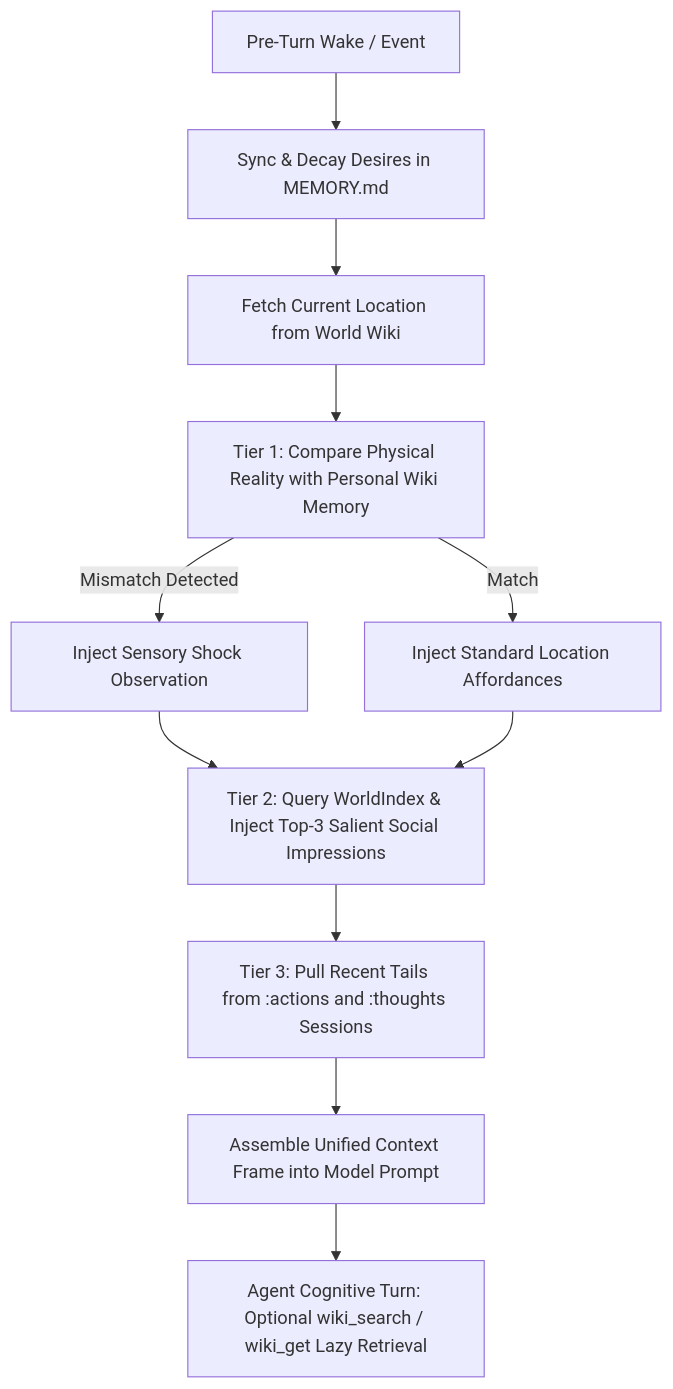
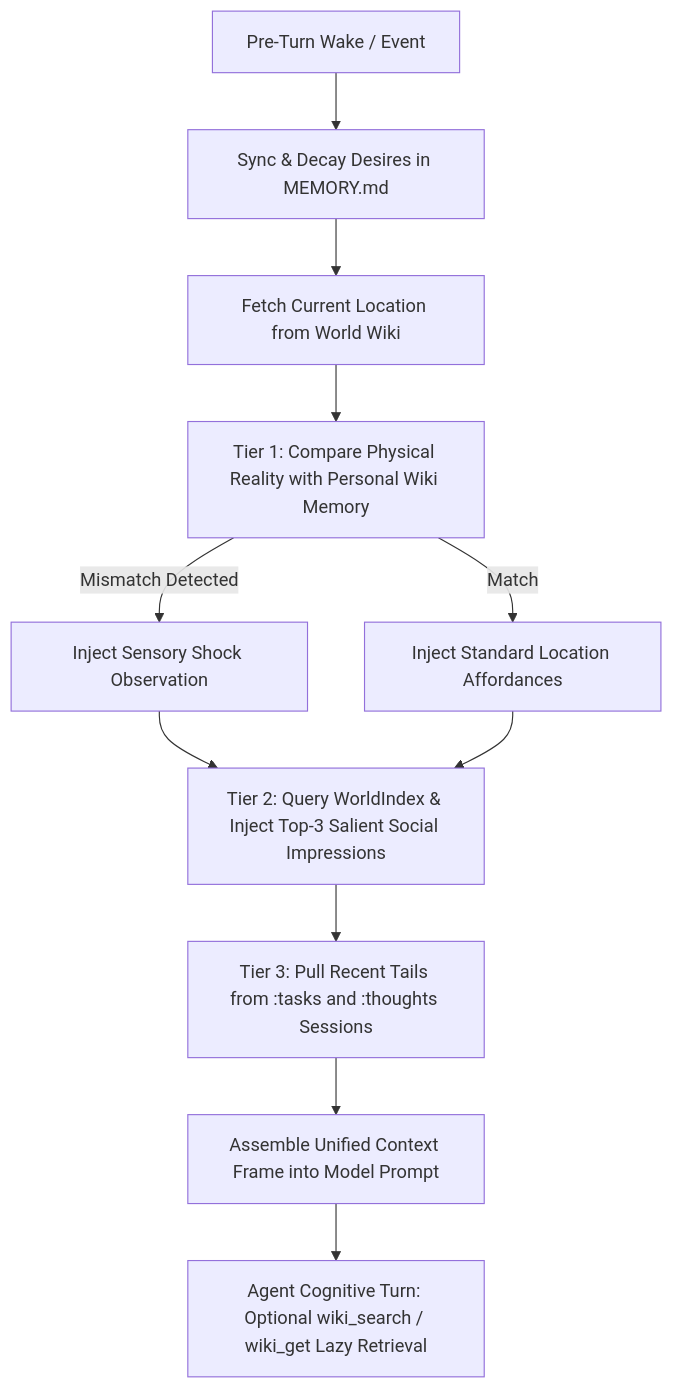
The diagram in .agents/skills/kazusa/references/primitives_mapping.md (f1yingbanana/kazusa), drawn with Mermaid before and after one commit. The commit also changed other lines of this file and 27 other files, not shown here.

````diff
--- a/.agents/skills/kazusa/references/primitives_mapping.md
+++ b/.agents/skills/kazusa/references/primitives_mapping.md
@@ -54,13 +59,13 @@
 ```mermaid
 flowchart TD
     A[Pre-Turn Wake / Event] --> B[Sync & Decay Desires in MEMORY.md]
     B --> C[Fetch Current Location from World Wiki]
     C --> D[Tier 1: Compare Physical Reality with Personal Wiki Memory]
     D -->|Mismatch Detected| E[Inject Sensory Shock Observation]
     D -->|Match| F[Inject Standard Location Affordances]
     E --> G[Tier 2: Query WorldIndex & Inject Top-3 Salient Social Impressions]
     F --> G
-    G --> H[Tier 3: Pull Recent Tails from :actions and :thoughts Sessions]
+    G --> H[Tier 3: Pull Recent Tails from :tasks and :thoughts Sessions]
     H --> I[Assemble Unified Context Frame into Model Prompt]
     I --> J[Agent Cognitive Turn: Optional wiki_search / wiki_get Lazy Retrieval]
 ```
````
